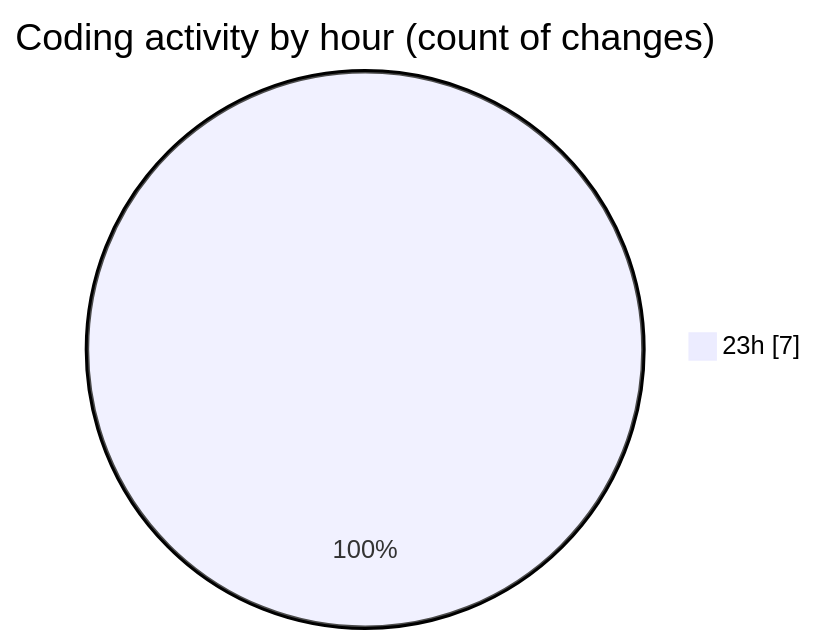
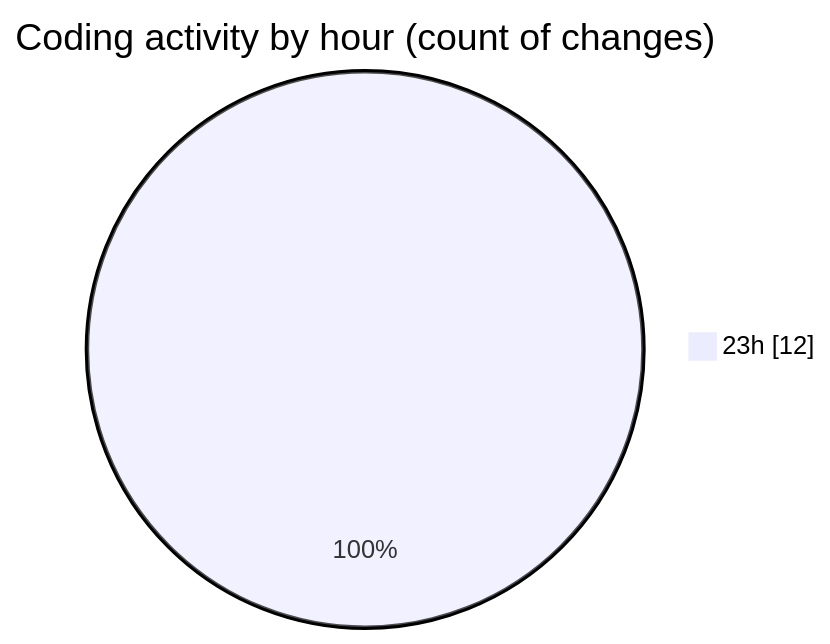
The second of 2 diagrams in 2026-03-06/java_basics/README.md (hasnaa123/code-tracking), drawn with Mermaid before and after one commit. The commit also changed other lines of this file and 1 other file, not shown here.

````diff
--- a/2026-03-06/java_basics/README.md
+++ b/2026-03-06/java_basics/README.md
@@ -31,5 +32,5 @@
 ```mermaid
 pie showData
 title Coding activity by hour (count of changes)
-"23h" : 7
+"23h" : 12
 ```
````
